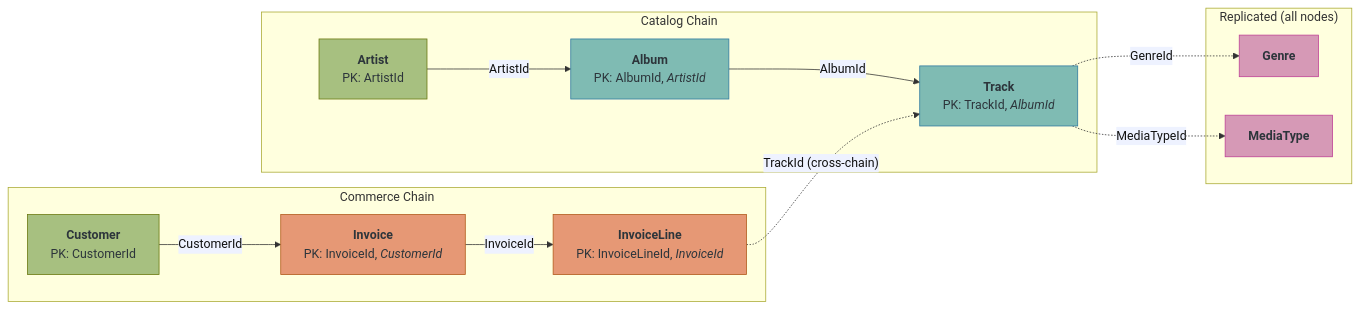
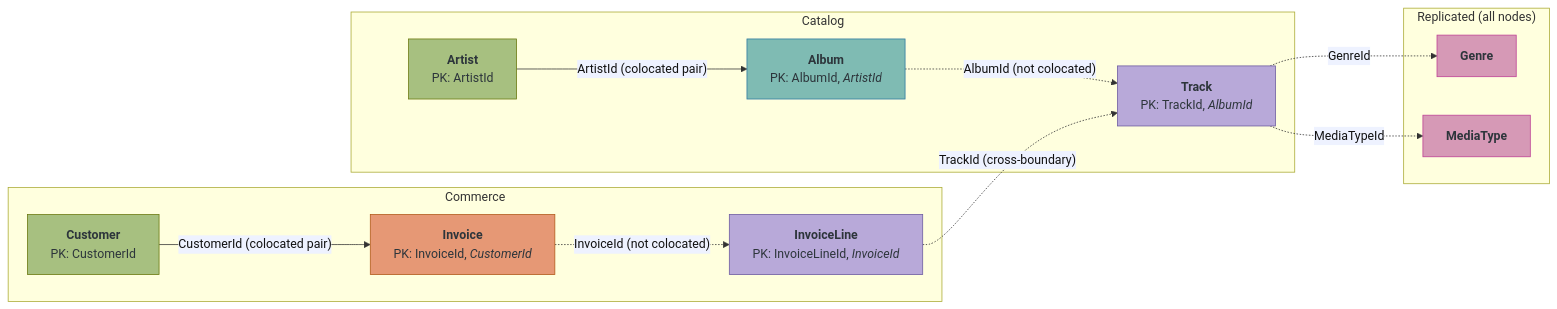
Before and after one commit to mariadb-corporation/mariadb-docs: the second of 2 diagrams in gridgain9/gridgain9-tutorials/schema-design-for-distributed-sql/schema-distributed-sql.md, drawn with Mermaid. The commit also changed other lines of this file and 30 other files, not shown here.

````diff
--- a/gridgain9/gridgain9-tutorials/schema-design-for-distributed-sql/schema-distributed-sql.md
+++ b/gridgain9/gridgain9-tutorials/schema-design-for-distributed-sql/schema-distributed-sql.md
@@ -269,38 +271,38 @@
 ```mermaid
 %%{init: {"themeVariables": {"edgeLabelBackground": "#eef2ff"}}}%%
 graph LR
-    subgraph catalog ["Catalog Chain"]
+    subgraph catalog ["Catalog"]
         Artist["<b>Artist</b><br/>PK: ArtistId"]
         Album["<b>Album</b><br/>PK: AlbumId, <i>ArtistId</i>"]
         Track["<b>Track</b><br/>PK: TrackId, <i>AlbumId</i>"]
-        Artist -- "ArtistId" --> Album
-        Album -- "AlbumId" --> Track
+        Artist -- "ArtistId (colocated pair)" --> Album
+        Album -. "AlbumId (not colocated)" .-> Track
     end
 
-    subgraph commerce ["Commerce Chain"]
+    subgraph commerce ["Commerce"]
         Customer["<b>Customer</b><br/>PK: CustomerId"]
         Invoice["<b>Invoice</b><br/>PK: InvoiceId, <i>CustomerId</i>"]
         InvoiceLine["<b>InvoiceLine</b><br/>PK: InvoiceLineId, <i>InvoiceId</i>"]
-        Customer -- "CustomerId" --> Invoice
-        Invoice -- "InvoiceId" --> InvoiceLine
+        Customer -- "CustomerId (colocated pair)" --> Invoice
+        Invoice -. "InvoiceId (not colocated)" .-> InvoiceLine
     end
 
     subgraph reference ["Replicated (all nodes)"]
         Genre["<b>Genre</b>"]
         MediaType["<b>MediaType</b>"]
     end
 
-    InvoiceLine -. "TrackId (cross-chain)" .-> Track
+    InvoiceLine -. "TrackId (cross-boundary)" .-> Track
     Track -. "GenreId" .-> Genre
     Track -. "MediaTypeId" .-> MediaType
 
     style Artist fill:#A7C080,stroke:#6a780d,color:#2D353B
     style Customer fill:#A7C080,stroke:#6a780d,color:#2D353B
     style Album fill:#7FBBB3,stroke:#2e78a0,color:#2D353B
-    style Track fill:#7FBBB3,stroke:#2e78a0,color:#2D353B
+    style Track fill:#B8A9D9,stroke:#6c5aa0,color:#2D353B
     style Invoice fill:#E69875,stroke:#b15919,color:#2D353B
-    style InvoiceLine fill:#E69875,stroke:#b15919,color:#2D353B
+    style InvoiceLine fill:#B8A9D9,stroke:#6c5aa0,color:#2D353B
     style Genre fill:#D699B6,stroke:#bd3f95,color:#2D353B
     style MediaType fill:#D699B6,stroke:#bd3f95,color:#2D353B
     linkStyle default color:#111111
 ```
````
